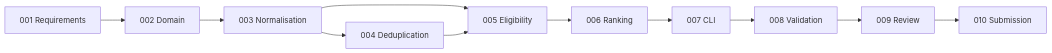
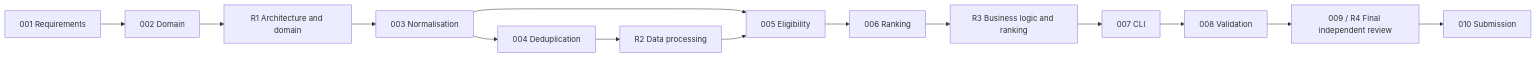
The diagram in docs/tasks/README.md (benanaktaspusulait/aplaniq-venue-shortlist), drawn with Mermaid before and after one commit. The commit also changed other lines of this file and 3 other files, not shown here.

````diff
--- a/docs/tasks/README.md
+++ b/docs/tasks/README.md
@@ -20,13 +20,13 @@
 ```mermaid
 flowchart LR
     T001["001 Requirements"] --> T002["002 Domain"]
-    T002 --> T003["003 Normalisation"]
+    T002 --> R1["R1 Architecture and domain"] --> T003["003 Normalisation"]
     T003 --> T004["004 Deduplication"]
     T003 --> T005["005 Eligibility"]
-    T004 --> T005
+    T004 --> R2["R2 Data processing"] --> T005
     T005 --> T006["006 Ranking"]
-    T006 --> T007["007 CLI"]
+    T006 --> R3["R3 Business logic and ranking"] --> T007["007 CLI"]
     T007 --> T008["008 Validation"]
-    T008 --> T009["009 Review"]
+    T008 --> T009["009 / R4 Final independent review"]
     T009 --> T010["010 Submission"]
 ```
````
